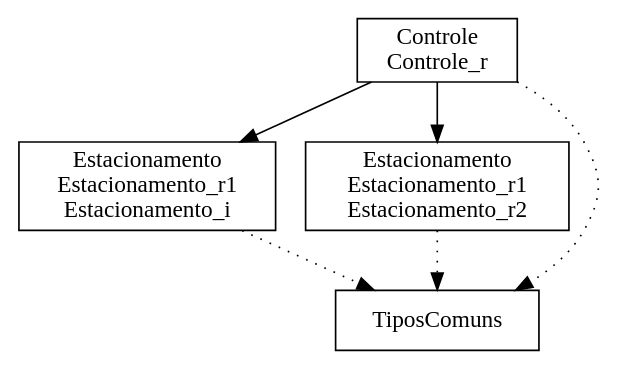
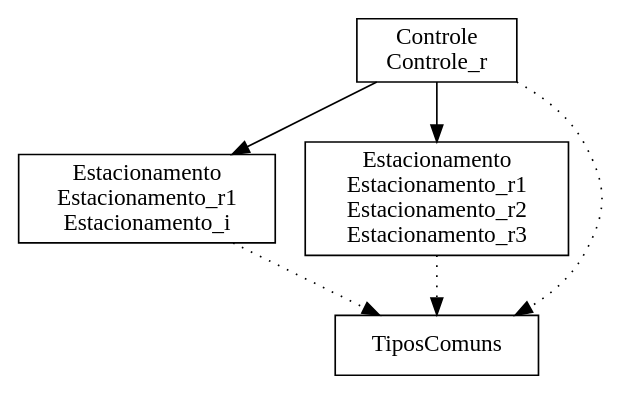
One commit to ciromdrs/mch_estacionamento changed the diagram in Estacionamento/bdp/Estacionamento.dot. Above: the diagram before and after it, drawn with Graphviz. The commit also changed 34 other files, not shown here.

```diff
--- a/Estacionamento/bdp/Estacionamento.dot
+++ b/Estacionamento/bdp/Estacionamento.dot
@@ -1,12 +1,12 @@
 digraph {
 Controle_r [ label=" Controle\nControle_r " shape= box ]
 Estacionamento_i [ label=" Estacionamento\nEstacionamento_r1\nEstacionamento_i " shape= box ]
-Estacionamento_r2 [ label=" Estacionamento\nEstacionamento_r1\nEstacionamento_r2 " shape= box ]
+Estacionamento_r3 [ label=" Estacionamento\nEstacionamento_r1\nEstacionamento_r2\nEstacionamento_r3 " shape= box ]
 TiposComuns [ label=" TiposComuns " shape= box ]
 
 "Controle_r" -> "TiposComuns" [style= dotted ]
 "Controle_r" -> "Estacionamento_i" []
-"Controle_r" -> "Estacionamento_r2" []
+"Controle_r" -> "Estacionamento_r3" []
 "Estacionamento_i" -> "TiposComuns" [style= dotted ]
-"Estacionamento_r2" -> "TiposComuns" [style= dotted ]
+"Estacionamento_r3" -> "TiposComuns" [style= dotted ]
 }
```
